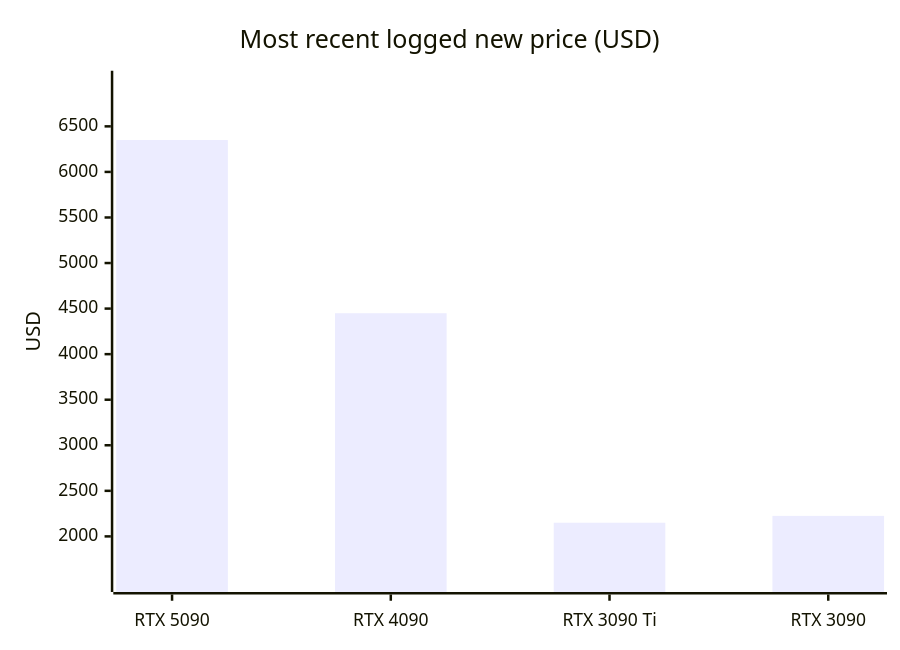
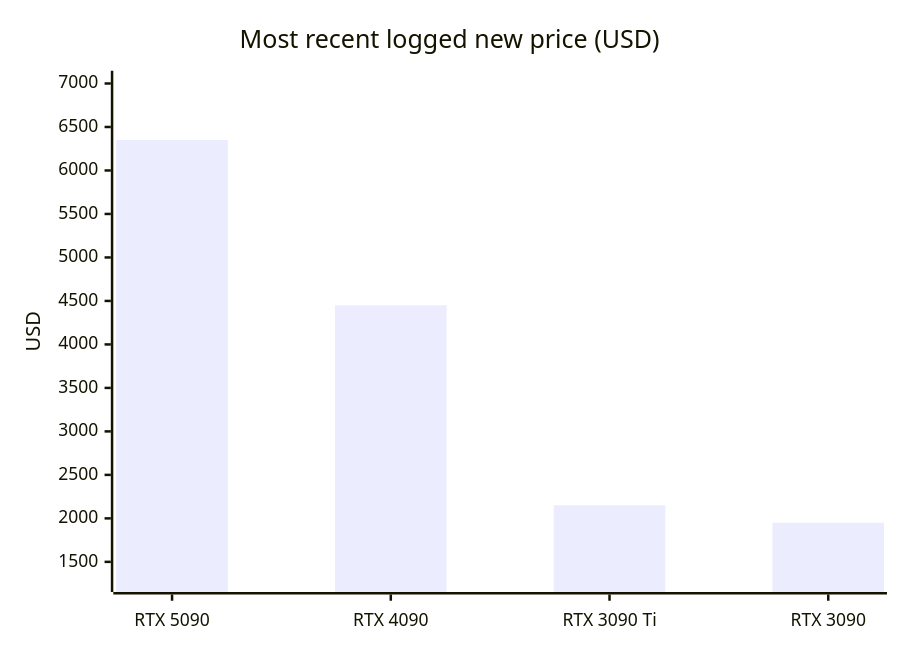
The fifth of 18 diagrams in README.md (7324136828/4tb_ssd_price_watch), drawn with Mermaid before and after one commit. The commit also changed other lines of this file, not shown here.

````diff
--- a/README.md
+++ b/README.md
@@ -808,7 +844,7 @@
 ```mermaid
 xychart-beta
     title "Most recent logged new price (USD)"
     x-axis ["RTX 5090", "RTX 4090", "RTX 3090 Ti", "RTX 3090"]
-    y-axis "USD" 1520 --> 6980
-    bar [6349.99, 4449.00, 2150.00, 2225.00]
+    y-axis "USD" 1290 --> 7010
+    bar [6349.99, 4449.00, 2150.00, 1950.00]
 ```
````
